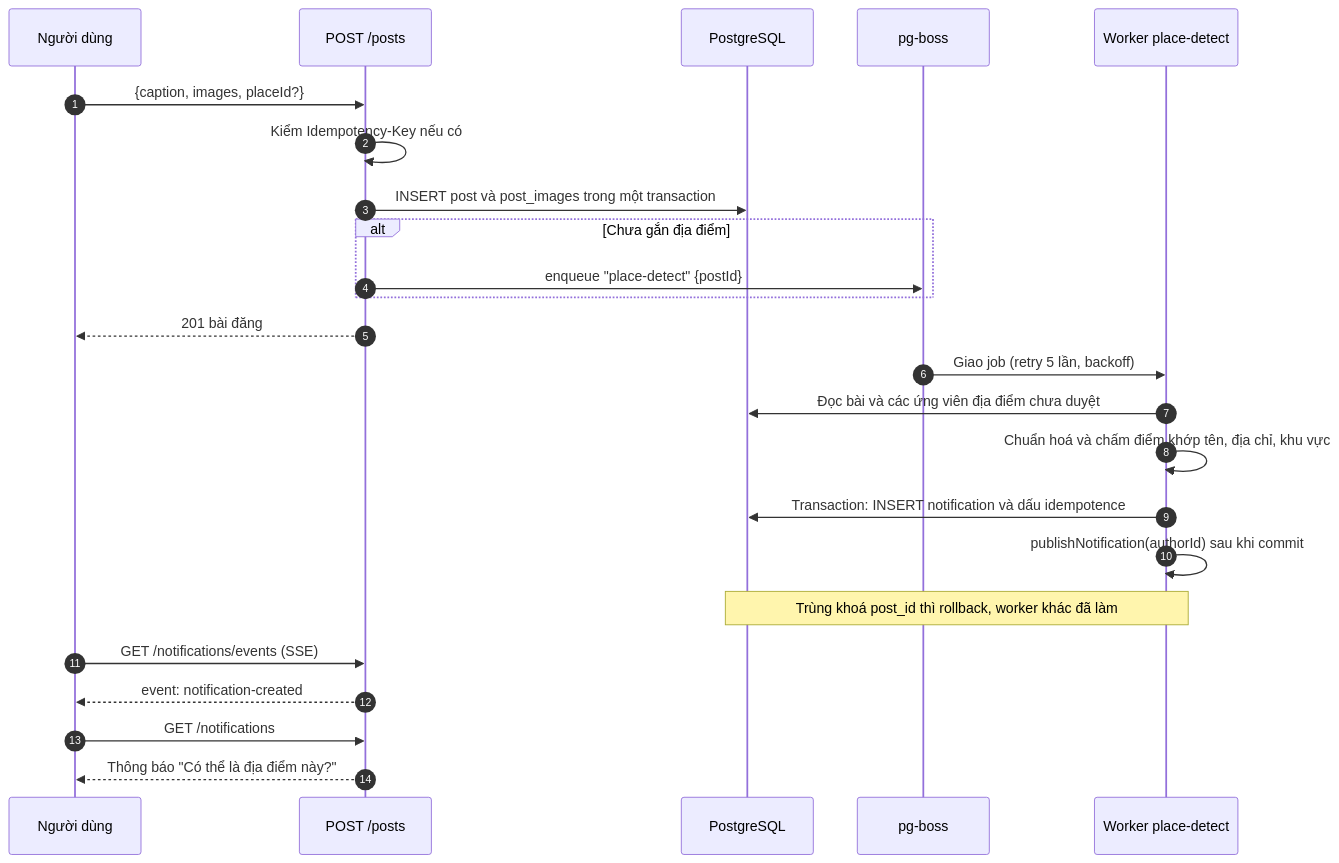
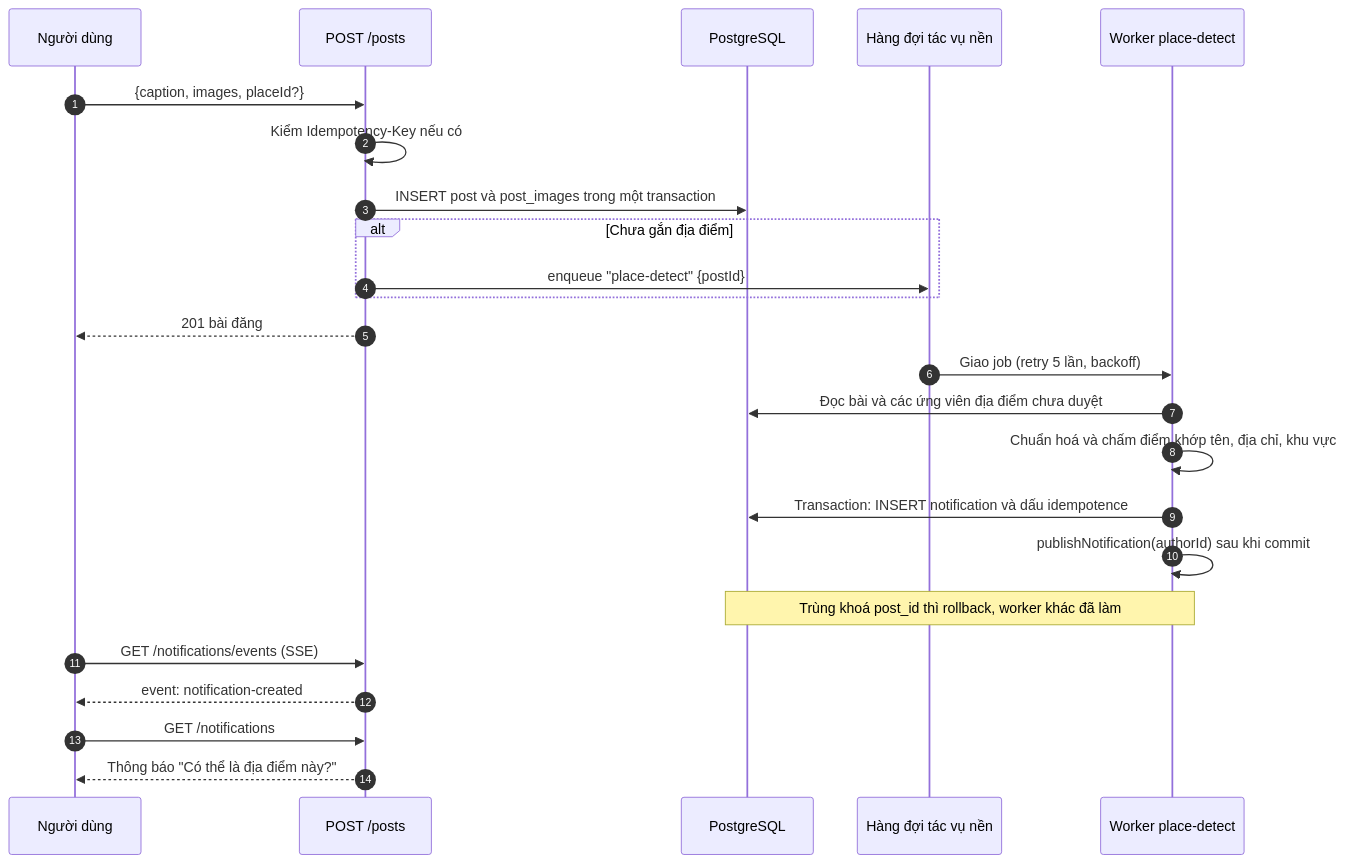
The ninth of 14 diagrams in docs/bao-cao/BAO-CAO-DO-AN.md (longqt321/Rendez-PBL6), drawn with Mermaid before and after one commit. The commit also changed other lines of this file, not shown here.

Commit message:
docs: transform technology catalog into rigorous architectural trade-off analysis

````diff
--- a/docs/bao-cao/BAO-CAO-DO-AN.md
+++ b/docs/bao-cao/BAO-CAO-DO-AN.md
@@ -555,27 +557,27 @@
 ```mermaid
 sequenceDiagram
   autonumber
   participant U as Người dùng
   participant API as POST /posts
   participant DB as PostgreSQL
-  participant Q as pg-boss
+  participant Q as Hàng đợi tác vụ nền
   participant W as Worker place-detect
 
   U->>API: {caption, images, placeId?}
   API->>API: Kiểm Idempotency-Key nếu có
   API->>DB: INSERT post và post_images trong một transaction
   alt Chưa gắn địa điểm
     API->>Q: enqueue "place-detect" {postId}
   end
   API-->>U: 201 bài đăng
   Q->>W: Giao job (retry 5 lần, backoff)
   W->>DB: Đọc bài và các ứng viên địa điểm chưa duyệt
   W->>W: Chuẩn hoá và chấm điểm khớp tên, địa chỉ, khu vực
   W->>DB: Transaction: INSERT notification và dấu idempotence
   W->>W: publishNotification(authorId) sau khi commit
   Note over W,DB: Trùng khoá post_id thì rollback, worker khác đã làm
   U->>API: GET /notifications/events (SSE)
   API-->>U: event: notification-created
   U->>API: GET /notifications
   API-->>U: Thông báo "Có thể là địa điểm này?"
 ```
````
